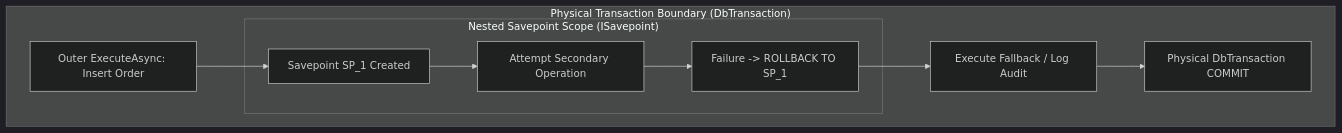
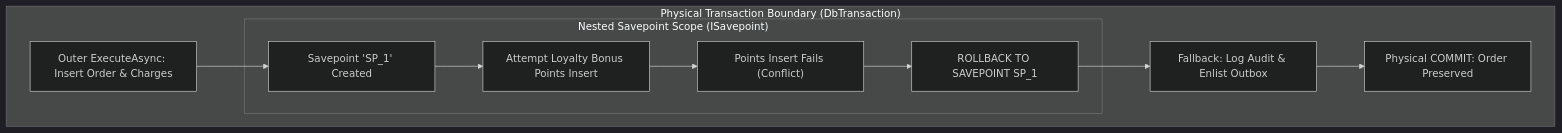
Before and after one commit to ericksonlopezf/dotnet-transaction: the fifth of 7 diagrams in docs/architecture.md, drawn with Mermaid (dark theme). The commit also changed other lines of this file and 181 other files, not shown here.

````diff
--- a/docs/architecture.md
+++ b/docs/architecture.md
@@ -159,21 +226,23 @@
 ```mermaid
 graph TD
     subgraph PhysicalTx ["Physical Transaction Boundary (DbTransaction)"]
-        Outer["Outer ExecuteAsync: Insert Order"]
+        Outer["Outer ExecuteAsync: Insert Order & Charges"]
         
         subgraph SavepointScope ["Nested Savepoint Scope (ISavepoint)"]
-            Inner1["Savepoint SP_1 Created"]
-            Inner2["Attempt Secondary Operation"]
-            Inner3["Failure -> ROLLBACK TO SP_1"]
+            SP1["Savepoint 'SP_1' Created"]
+            Op["Attempt Loyalty Bonus Points Insert"]
+            Fail["Points Insert Fails (Conflict)"]
+            RollbackSP["ROLLBACK TO SAVEPOINT SP_1"]
         end
         
-        Fallback["Execute Fallback / Log Audit"]
-        OuterCommit["Physical DbTransaction COMMIT"]
+        Audit["Fallback: Log Audit & Enlist Outbox"]
+        PhysicalCommit["Physical COMMIT: Order Preserved"]
     end
 
-    Outer --> Inner1
-    Inner1 --> Inner2
-    Inner2 --> Inner3
-    Inner3 --> Fallback
-    Fallback --> OuterCommit
+    Outer --> SP1
+    SP1 --> Op
+    Op --> Fail
+    Fail --> RollbackSP
+    RollbackSP --> Audit
+    Audit --> PhysicalCommit
 ```
````
